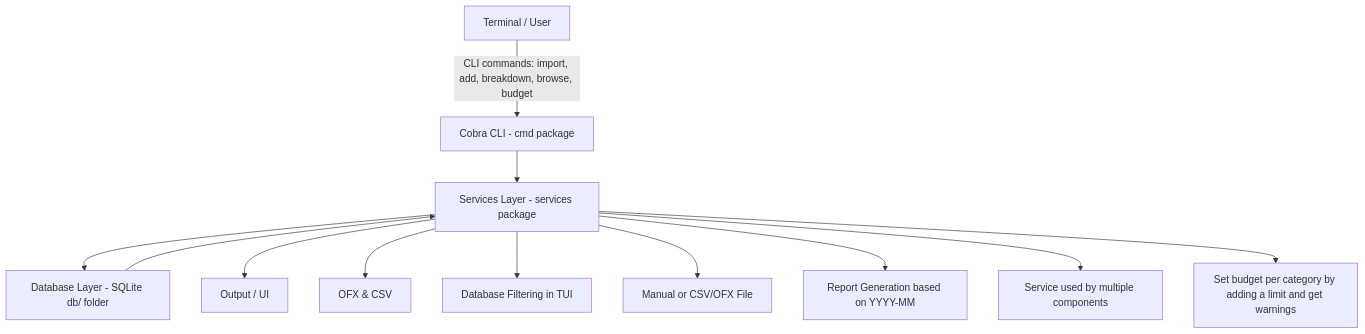
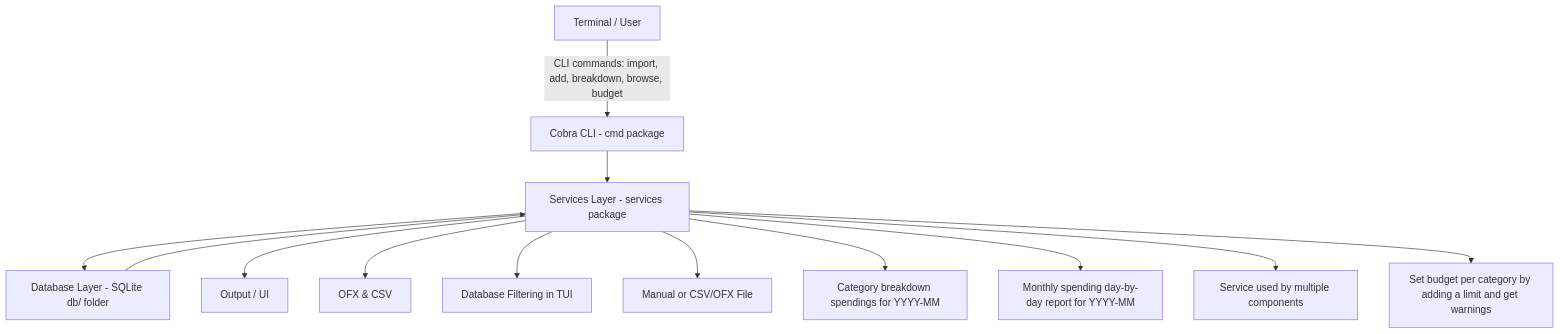
One commit to sebianc/ATAD_project changed the diagram in README.md. Above: the diagram before and after it, drawn with Mermaid.

Commit message:
Update service descriptions in README.md

````diff
--- a/README.md
+++ b/README.md
@@ -39,16 +39,17 @@
 ```mermaid
 graph TD
     User[Terminal / User] -->|CLI commands: import, add, breakdown, browse, budget| CLI[Cobra CLI - cmd package]
     CLI --> Services[Services Layer - services package]
     Services --> DB[Database Layer - SQLite db/ folder]
     DB --> Services
     Services --> Output[Output / UI]
 
     %% Services Details (without special characters)
     Services --> ImportService[OFX & CSV]
     Services --> BrosweTUIService[Database Filtering in TUI]
     Services --> AddService[Manual or CSV/OFX File]
-    Services --> BreakdownService[Report Generation based on YYYY-MM]
+    Services --> BreakdownService[Category breakdown spendings for YYYY-MM]
+    Services --> ReportService[Monthly spending day-by-day report for YYYY-MM]
     Services --> CLIUtils[Service used by multiple components]
     Services --> BudgetService[Set budget per category by adding a limit and get warnings]
 ```
````
